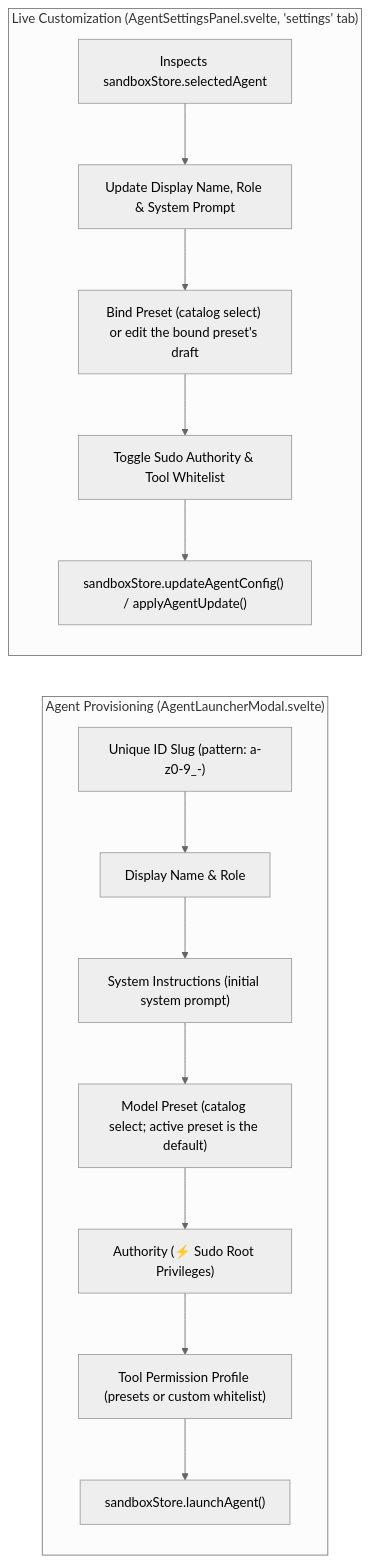
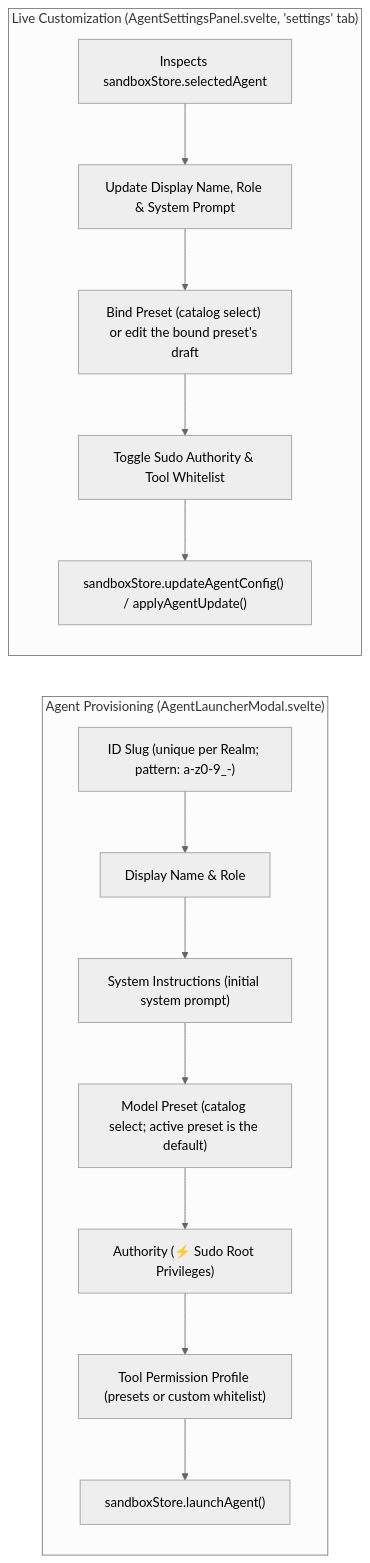
The second of 4 diagrams in docs/ui/modals_and_dialogs.md (crestfallnafterdark/nightcurtain), drawn with Mermaid (neutral theme) before and after one commit. The commit also changed other lines of this file and 3 other files, not shown here.

````diff
--- a/docs/ui/modals_and_dialogs.md
+++ b/docs/ui/modals_and_dialogs.md
@@ -51,18 +51,18 @@
 ```mermaid
 flowchart LR
     subgraph LauncherFlow ["Agent Provisioning (AgentLauncherModal.svelte)"]
-        L1["Unique ID Slug (pattern: a-z0-9_-)"] --> L2["Display Name & Role"]
+        L1["ID Slug (unique per Realm; pattern: a-z0-9_-)"] --> L2["Display Name & Role"]
         L2 --> L3["System Instructions (initial system prompt)"]
         L3 --> L4["Model Preset (catalog select; active preset is the default)"]
         L4 --> L5["Authority (⚡ Sudo Root Privileges)"]
         L5 --> L6["Tool Permission Profile (presets or custom whitelist)"]
         L6 --> L7["sandboxStore.launchAgent()"]
     end
 
     subgraph SettingsFlow ["Live Customization (AgentSettingsPanel.svelte, 'settings' tab)"]
         E1["Inspects sandboxStore.selectedAgent"] --> E2["Update Display Name, Role & System Prompt"]
         E2 --> E3["Bind Preset (catalog select) or edit the bound preset's draft"]
         E3 --> E4["Toggle Sudo Authority & Tool Whitelist"]
         E4 --> E5["sandboxStore.updateAgentConfig() / applyAgentUpdate()"]
     end
 ```
````
